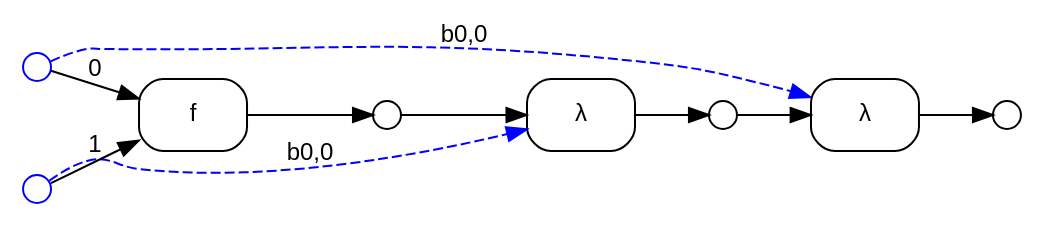
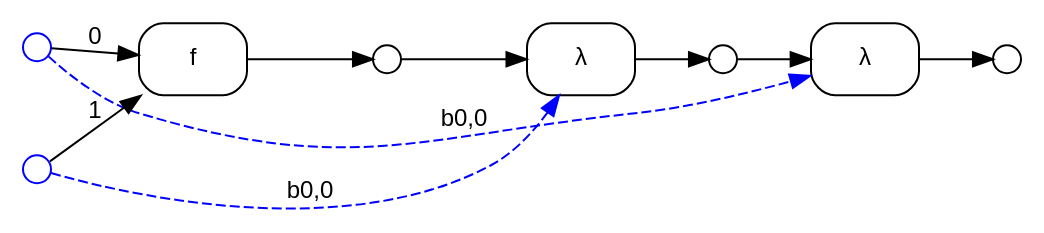
Before and after one commit to ammatsui/bhypvis: the diagram in example_curried.dot, drawn with Graphviz. The commit also changed other lines of this file and 765 other files, not shown here.

```diff
--- a/example_curried.dot
+++ b/example_curried.dot
@@ -1,32 +1,32 @@
 digraph G {
   fontname="Helvetica"
   fontsize=12
   rankdir=LR;
   node [fontname="Helvetica", fontsize=12];
   edge [fontname="Helvetica", fontsize=12];
 
   // Nodes
   n4 [label="", shape=circle, style=filled, fillcolor=white, color="black", width=0.2, height=0.2, fixedsize=true];
   n0 [label="", shape=circle, style=filled, fillcolor=white, color="blue", width=0.2, height=0.2, fixedsize=true];
   n1 [label="", shape=circle, style=filled, fillcolor=white, color="blue", width=0.2, height=0.2, fixedsize=true];
+  n2 [label="", shape=circle, style=filled, fillcolor=white, color="black", width=0.2, height=0.2, fixedsize=true];
   n3 [label="", shape=circle, style=filled, fillcolor=white, color="black", width=0.2, height=0.2, fixedsize=true];
-  n2 [label="", shape=circle, style=filled, fillcolor=white, color="black", width=0.2, height=0.2, fixedsize=true];
 
   // Hyperedges
+  e0 [label="f", shape=box, style=rounded, color="black"];
   e2 [label="λ", shape=box, style=rounded, color="black"];
   e1 [label="λ", shape=box, style=rounded, color="black"];
-  e0 [label="f", shape=box, style=rounded, color="black"];
 
   // Source connections
+  n0 -> e0 [label="0"];
+  n1 -> e0 [label="1"];
   n3 -> e2 [label=""];
   n0 -> e2 [style=dashed, color="blue", constraint=false, label="b0,0"];
   n2 -> e1 [label=""];
   n1 -> e1 [style=dashed, color="blue", constraint=false, label="b0,0"];
-  n0 -> e0 [label="0"];
-  n1 -> e0 [label="1"];
 
   // Target connections
+  e0 -> n2 [label=""];
   e2 -> n4 [label=""];
   e1 -> n3 [label=""];
-  e0 -> n2 [label=""];
 }
```
